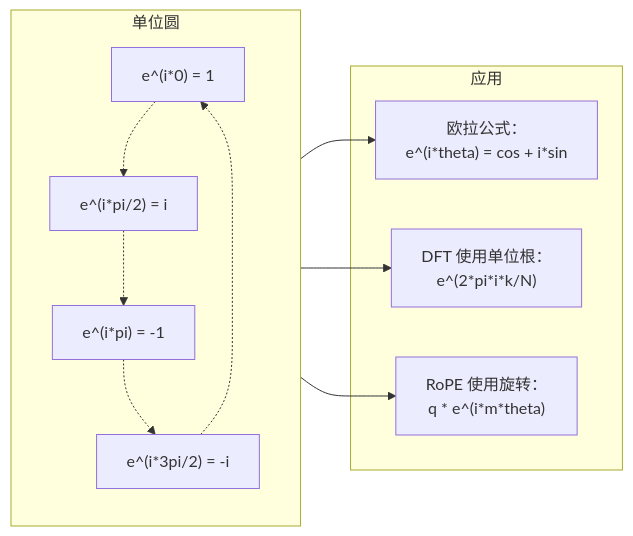
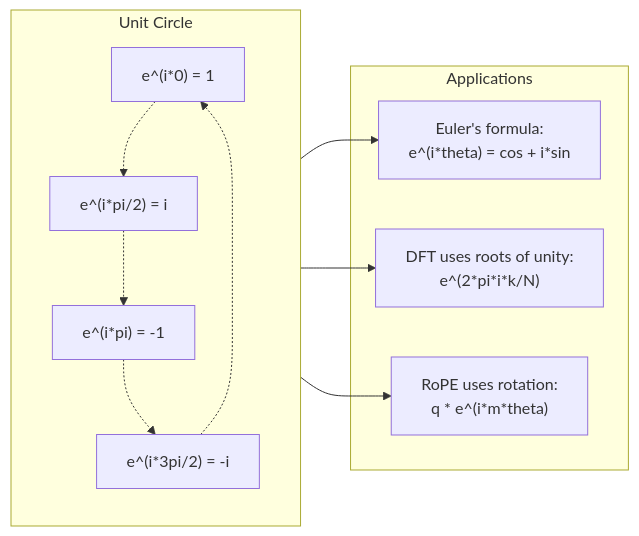
One commit to xiaojiaenen/ai-engineering-from-scratch-zh changed the second of 2 diagrams in i18n/zh/phases/01-math-foundations/19-complex-numbers/docs/zh.md. Above: the diagram before and after it, drawn with Mermaid. The commit also changed other lines of this file and 22 other files, not shown here.

````diff
--- a/i18n/zh/phases/01-math-foundations/19-complex-numbers/docs/zh.md
+++ b/i18n/zh/phases/01-math-foundations/19-complex-numbers/docs/zh.md
@@ -251,18 +251,18 @@
 ```mermaid
 graph LR
-    subgraph "单位圆"
+    subgraph "Unit Circle"
         direction TB
         U1["e^(i*0) = 1"] -.-> U2["e^(i*pi/2) = i"]
         U2 -.-> U3["e^(i*pi) = -1"]
         U3 -.-> U4["e^(i*3pi/2) = -i"]
         U4 -.-> U1
     end
-    subgraph "应用"
-        A1["欧拉公式：<br/>e^(i*theta) = cos + i*sin"]
-        A2["DFT 使用单位根：<br/>e^(2*pi*i*k/N)"]
-        A3["RoPE 使用旋转：<br/>q * e^(i*m*theta)"]
+    subgraph "Applications"
+        A1["Euler's formula:<br/>e^(i*theta) = cos + i*sin"]
+        A2["DFT uses roots of unity:<br/>e^(2*pi*i*k/N)"]
+        A3["RoPE uses rotation:<br/>q * e^(i*m*theta)"]
     end
     U1 --> A1
     U1 --> A2
     U1 --> A3
 ```
````
